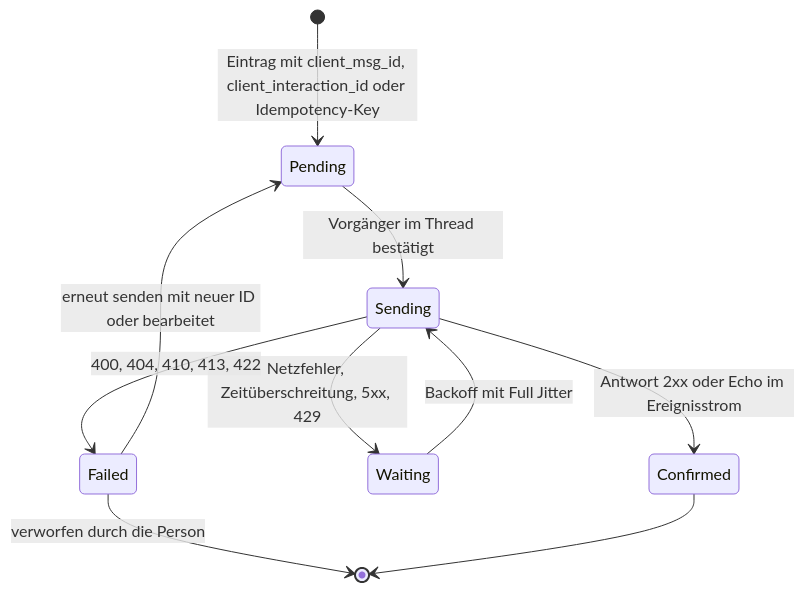
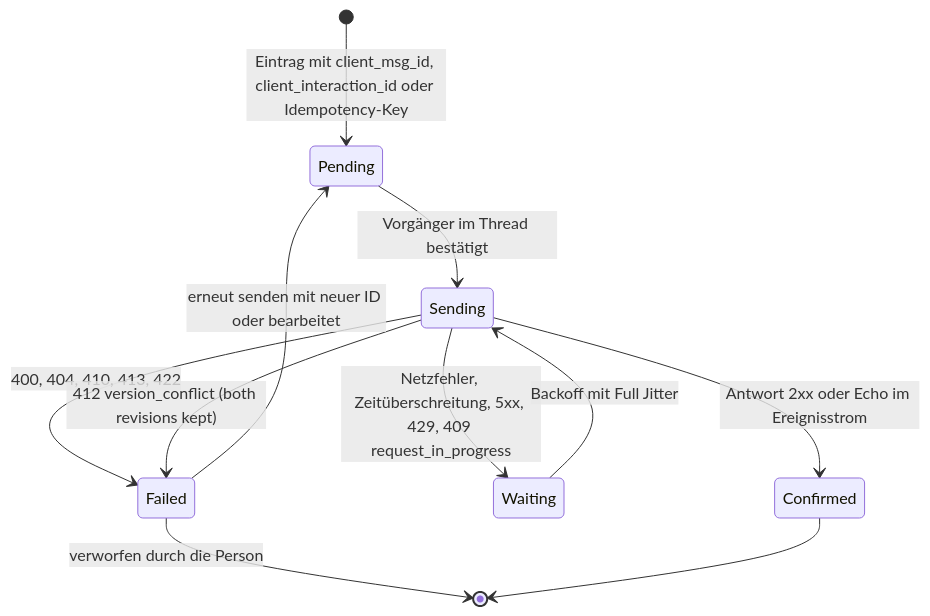
The fourth of 5 diagrams in docs/spec/15-client-architektur.md (mguttmann/bothy), drawn with Mermaid before and after one commit. The commit also changed other lines of this file and 31 other files, not shown here.

````diff
--- a/docs/spec/15-client-architektur.md
+++ b/docs/spec/15-client-architektur.md
@@ -397,12 +397,13 @@
 ```mermaid
 stateDiagram-v2
   [*] --> Pending: Eintrag mit client_msg_id, client_interaction_id oder Idempotency-Key
   Pending --> Sending: Vorgänger im Thread bestätigt
   Sending --> Confirmed: Antwort 2xx oder Echo im Ereignisstrom
-  Sending --> Waiting: Netzfehler, Zeitüberschreitung, 5xx, 429
+  Sending --> Waiting: Netzfehler, Zeitüberschreitung, 5xx, 429, 409 request_in_progress
   Waiting --> Sending: Backoff mit Full Jitter
   Sending --> Failed: 400, 404, 410, 413, 422
+  Sending --> Failed: 412 version_conflict (both revisions kept)
   Failed --> Pending: erneut senden mit neuer ID oder bearbeitet
   Failed --> [*]: verworfen durch die Person
   Confirmed --> [*]
 ```
````
